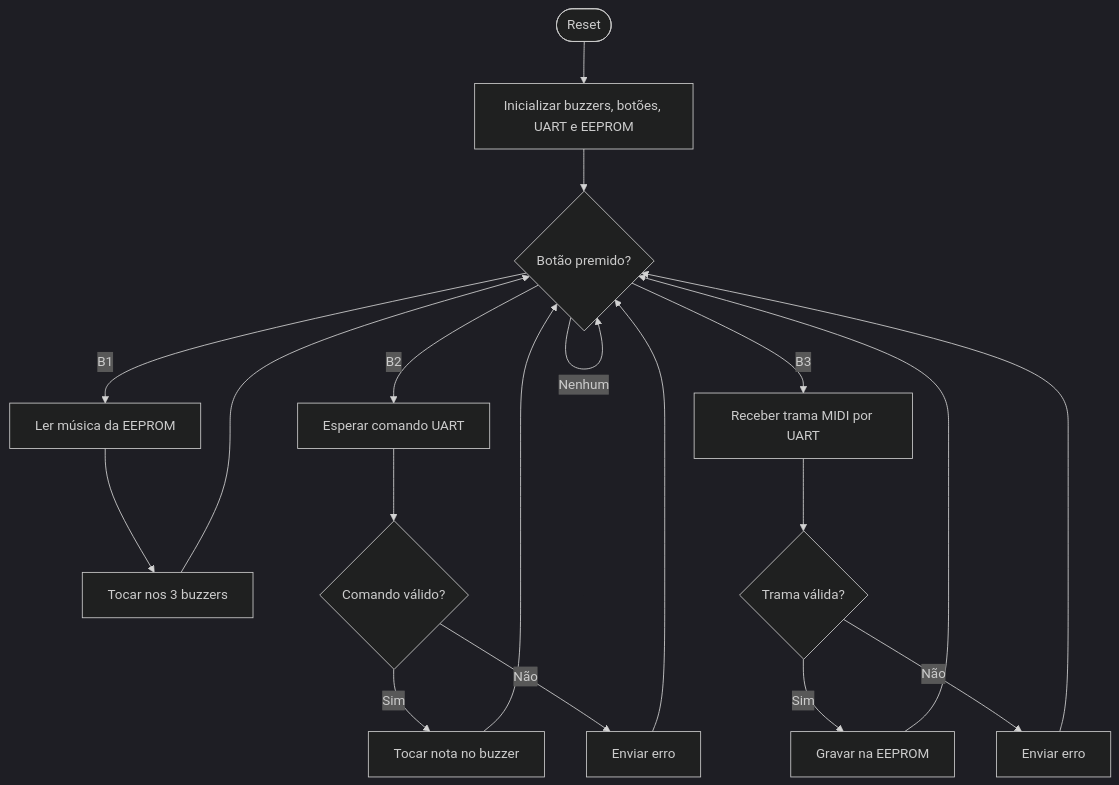
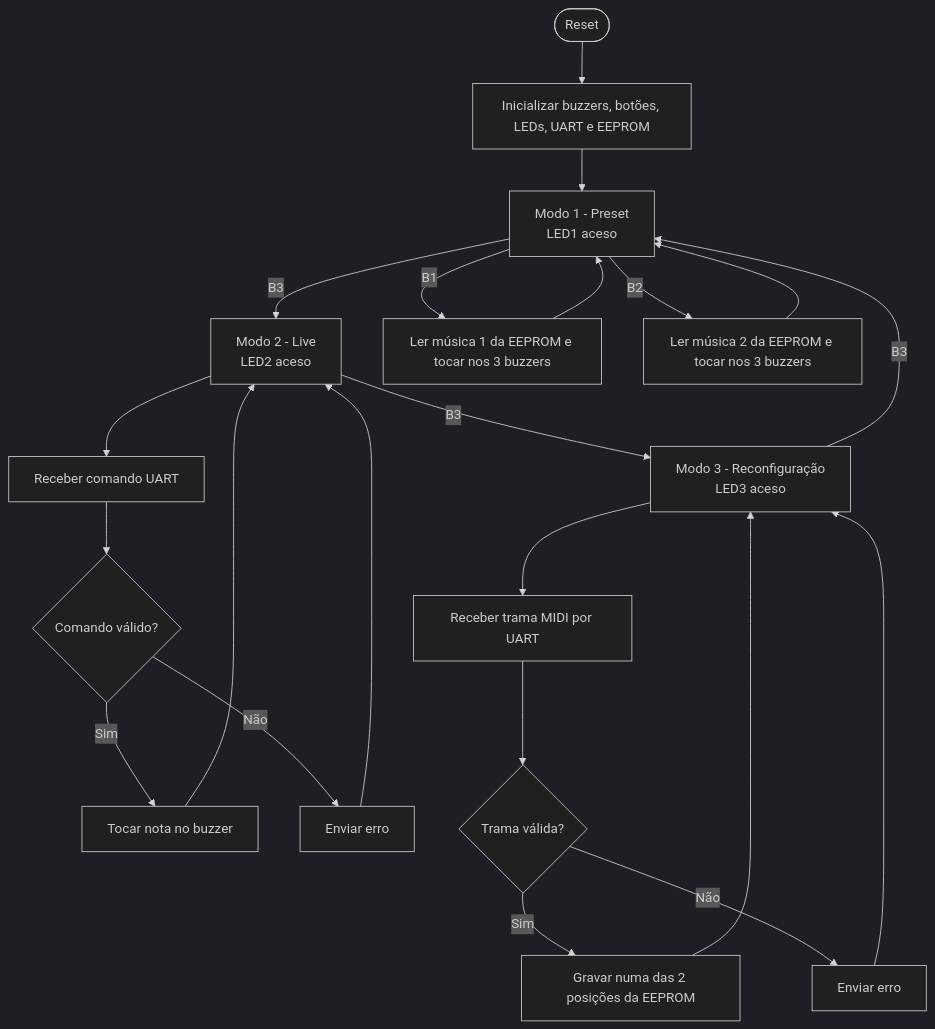
The diagram in README.md (Suares0101/ldh-2026-g08), drawn with Mermaid (dark theme) before and after one commit. The commit also changed other lines of this file and 8 other files, not shown here.

````diff
--- a/README.md
+++ b/README.md
@@ -104,25 +115,32 @@
 ```mermaid
 flowchart TD
-  START([Reset]) --> INIT[Inicializar buzzers, botões, UART e EEPROM]
-  INIT --> MODE{Botão premido?}
+  START([Reset]) --> INIT[Inicializar buzzers, botões, LEDs, UART e EEPROM]
+  INIT --> M1
 
-  MODE -- B1 --> PRESET[Ler música da EEPROM]
-  PRESET --> PLAY[Tocar nos 3 buzzers]
-  PLAY --> MODE
+  M1[Modo 1 - Preset<br/>LED1 aceso]
+  M2[Modo 2 - Live<br/>LED2 aceso]
+  M3[Modo 3 - Reconfiguração<br/>LED3 aceso]
 
-  MODE -- B2 --> LIVE[Esperar comando UART]
-  LIVE --> PARSE_LIVE{Comando válido?}
+  M1 -- B3 --> M2
+  M2 -- B3 --> M3
+  M3 -- B3 --> M1
+
+  M1 -- B1 --> P1[Ler música 1 da EEPROM e tocar nos 3 buzzers]
+  M1 -- B2 --> P2[Ler música 2 da EEPROM e tocar nos 3 buzzers]
+  P1 --> M1
+  P2 --> M1
+
+  M2 --> CMD[Receber comando UART]
+  CMD --> PARSE_LIVE{Comando válido?}
   PARSE_LIVE -- Sim --> TONE[Tocar nota no buzzer]
   PARSE_LIVE -- Não --> ERR_LIVE[Enviar erro]
-  TONE --> MODE
-  ERR_LIVE --> MODE
+  TONE --> M2
+  ERR_LIVE --> M2
 
-  MODE -- B3 --> RECV[Receber trama MIDI por UART]
+  M3 --> RECV[Receber trama MIDI por UART]
   RECV --> VALID{Trama válida?}
-  VALID -- Sim --> WRITE[Gravar na EEPROM]
+  VALID -- Sim --> WRITE[Gravar numa das 2 posições da EEPROM]
   VALID -- Não --> ERR_MIDI[Enviar erro]
-  WRITE --> MODE
-  ERR_MIDI --> MODE
-
-  MODE -- Nenhum --> MODE
+  WRITE --> M3
+  ERR_MIDI --> M3
 ```
````
